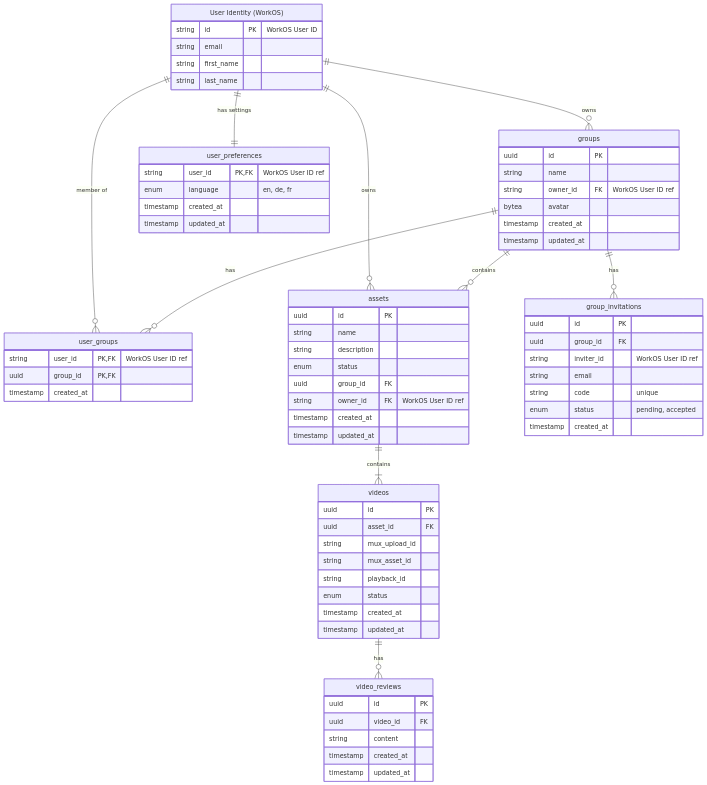
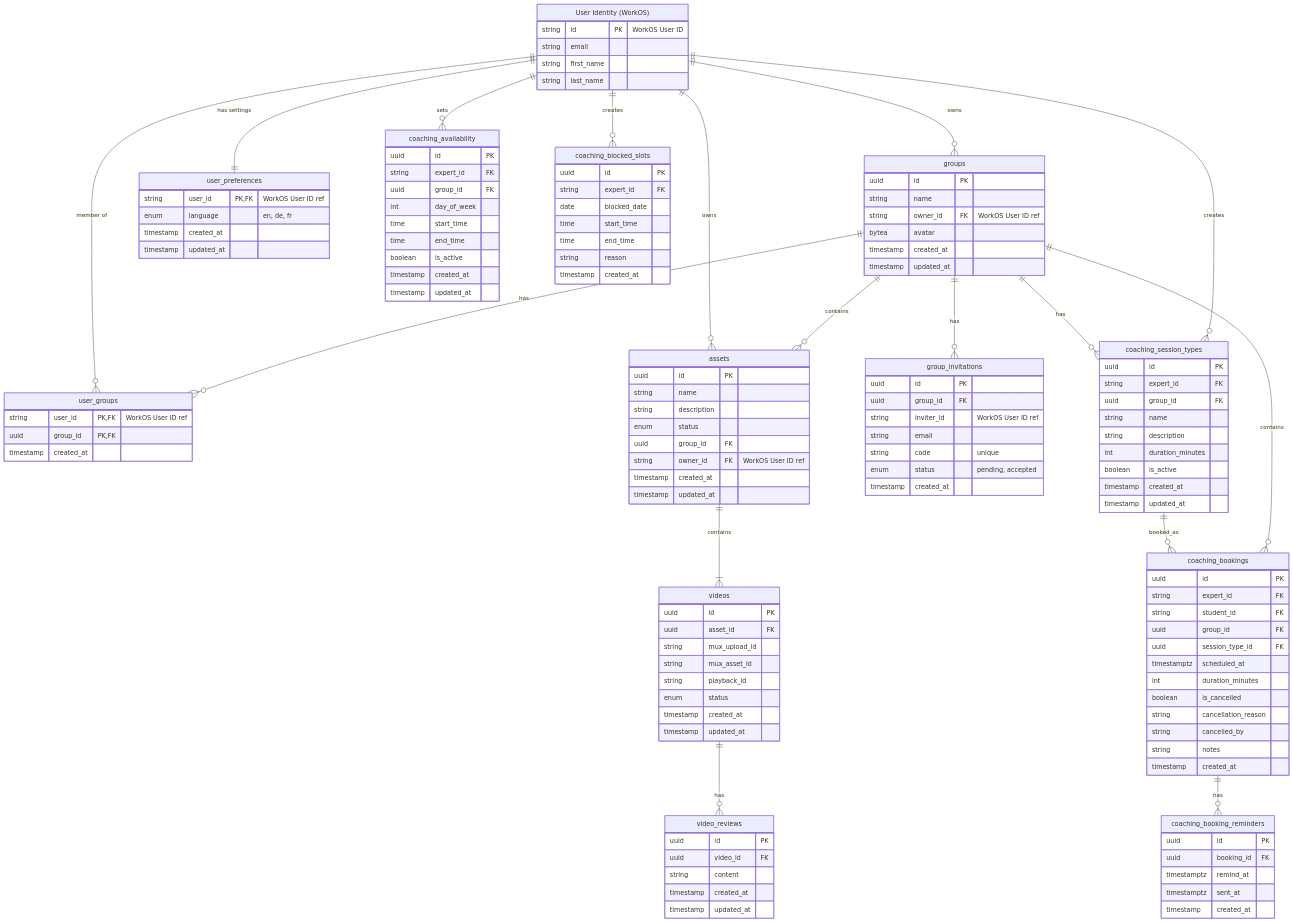
Before and after one commit to OZIOisgood/zeta: the eighth of 8 diagrams in README.md, drawn with Mermaid. The commit also changed other lines of this file and 29 other files, not shown here.

````diff
--- a/README.md
+++ b/README.md
@@ -274,4 +353,69 @@
         timestamp created_at
         timestamp updated_at
     }
+
+    coaching_session_types {
+        uuid id PK
+        string expert_id FK
+        uuid group_id FK
+        string name
+        string description
+        int duration_minutes
+        boolean is_active
+        timestamp created_at
+        timestamp updated_at
+    }
+
+    coaching_availability {
+        uuid id PK
+        string expert_id FK
+        uuid group_id FK
+        int day_of_week
+        time start_time
+        time end_time
+        boolean is_active
+        timestamp created_at
+        timestamp updated_at
+    }
+
+    coaching_blocked_slots {
+        uuid id PK
+        string expert_id FK
+        date blocked_date
+        time start_time
+        time end_time
+        string reason
+        timestamp created_at
+    }
+
+    coaching_bookings {
+        uuid id PK
+        string expert_id FK
+        string student_id FK
+        uuid group_id FK
+        uuid session_type_id FK
+        timestamptz scheduled_at
+        int duration_minutes
+        boolean is_cancelled
+        string cancellation_reason
+        string cancelled_by
+        string notes
+        timestamp created_at
+    }
+
+    coaching_booking_reminders {
+        uuid id PK
+        uuid booking_id FK
+        timestamptz remind_at
+        timestamptz sent_at
+        timestamp created_at
+    }
+
+    groups ||--o{ coaching_session_types : has
+    users ||--o{ coaching_session_types : creates
+    users ||--o{ coaching_availability : sets
+    users ||--o{ coaching_blocked_slots : creates
+    coaching_session_types ||--o{ coaching_bookings : booked_as
+    groups ||--o{ coaching_bookings : contains
+    coaching_bookings ||--o{ coaching_booking_reminders : has
 ```
````
